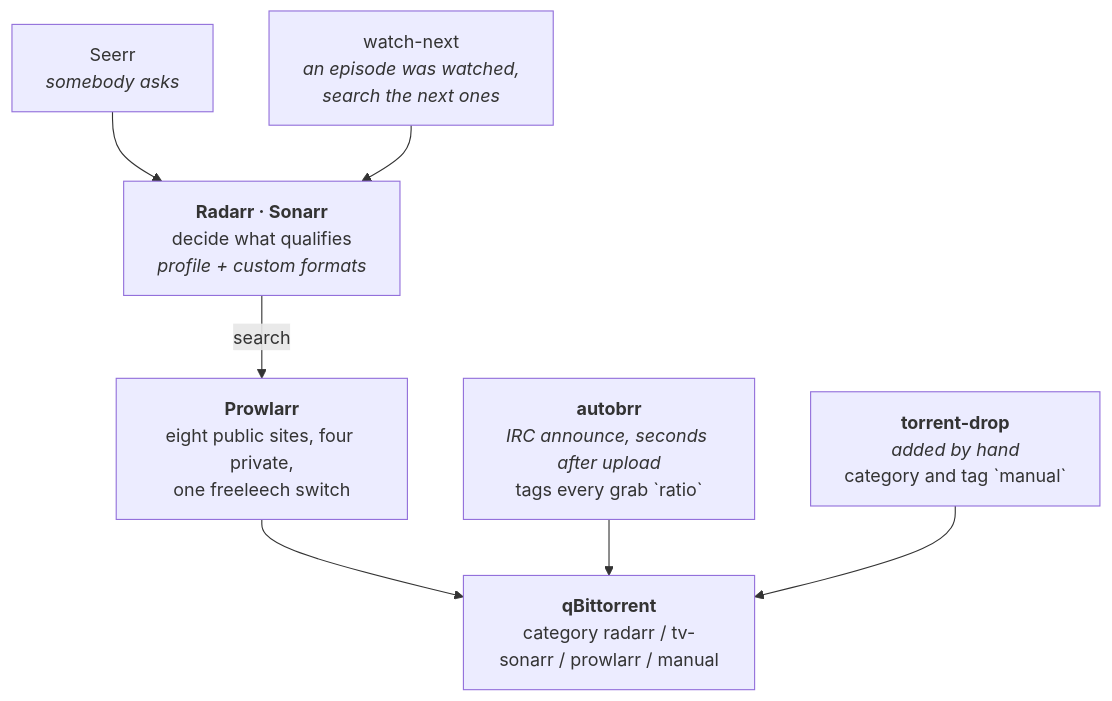
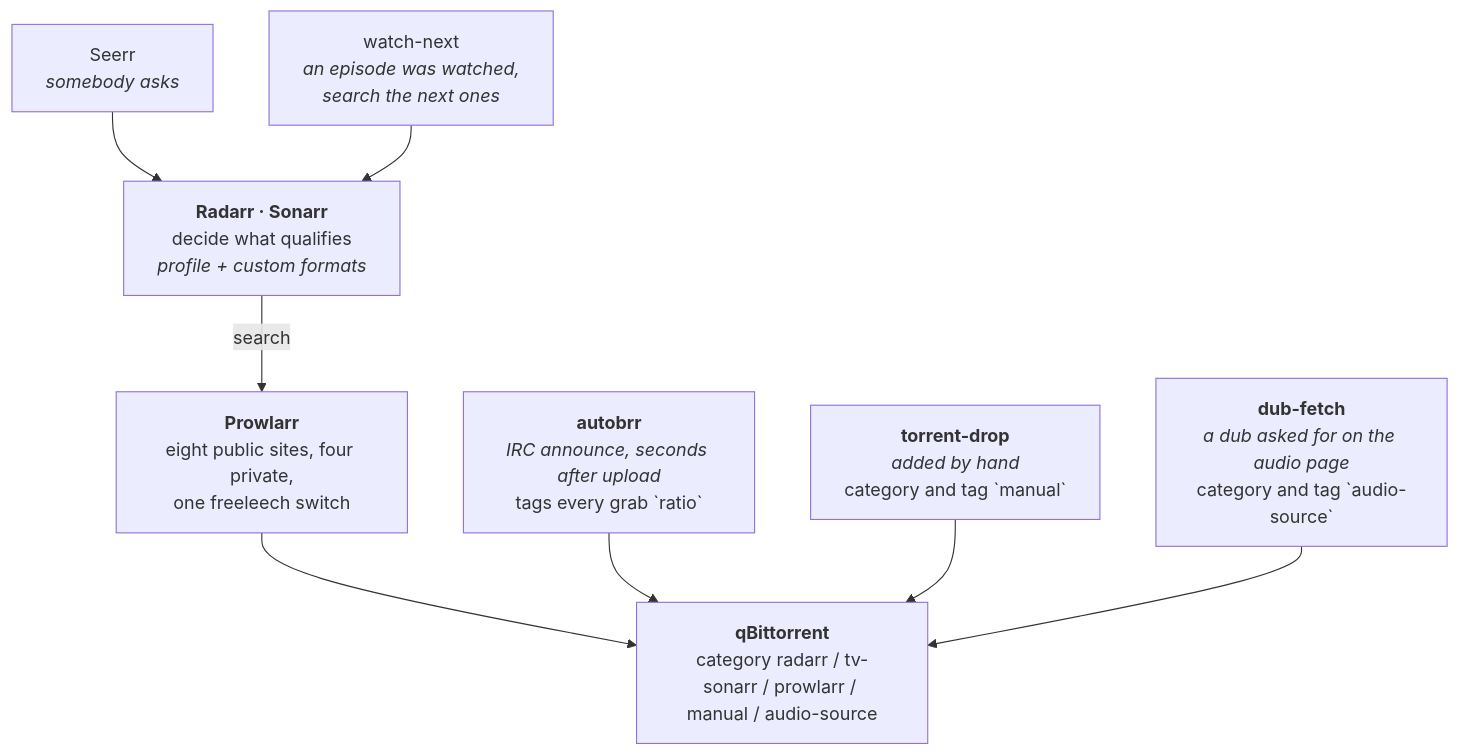
The diagram in docs/lifecycle.md (PlatanosVerdes/rpi-homeserver), drawn with Mermaid before and after one commit. The commit also changed other lines of this file and 38 other files, not shown here.

````diff
--- a/docs/lifecycle.md
+++ b/docs/lifecycle.md
@@ -25,10 +25,11 @@
 ```mermaid
 flowchart TB
   OV["Seerr<br/><i>somebody asks</i>"] --> ARR
   WN["watch-next<br/><i>an episode was watched,<br/>search the next ones</i>"] --> ARR
   ARR["<b>Radarr · Sonarr</b><br/>decide what qualifies<br/><i>profile + custom formats</i>"] -->|"search"| PW
   PW["<b>Prowlarr</b><br/>eight public sites, four private,<br/>one freeleech switch"] --> QB
   BRR["<b>autobrr</b><br/><i>IRC announce, seconds after upload</i><br/>tags every grab `ratio`"] --> QB
   TD["<b>torrent-drop</b><br/><i>added by hand</i><br/>category and tag `manual`"] --> QB
-  QB["<b>qBittorrent</b><br/>category radarr / tv-sonarr / prowlarr / manual"]
+  DF["<b>dub-fetch</b><br/><i>a dub asked for on the audio page</i><br/>category and tag `audio-source`"] --> QB
+  QB["<b>qBittorrent</b><br/>category radarr / tv-sonarr / prowlarr / manual / audio-source"]
 ```
````
